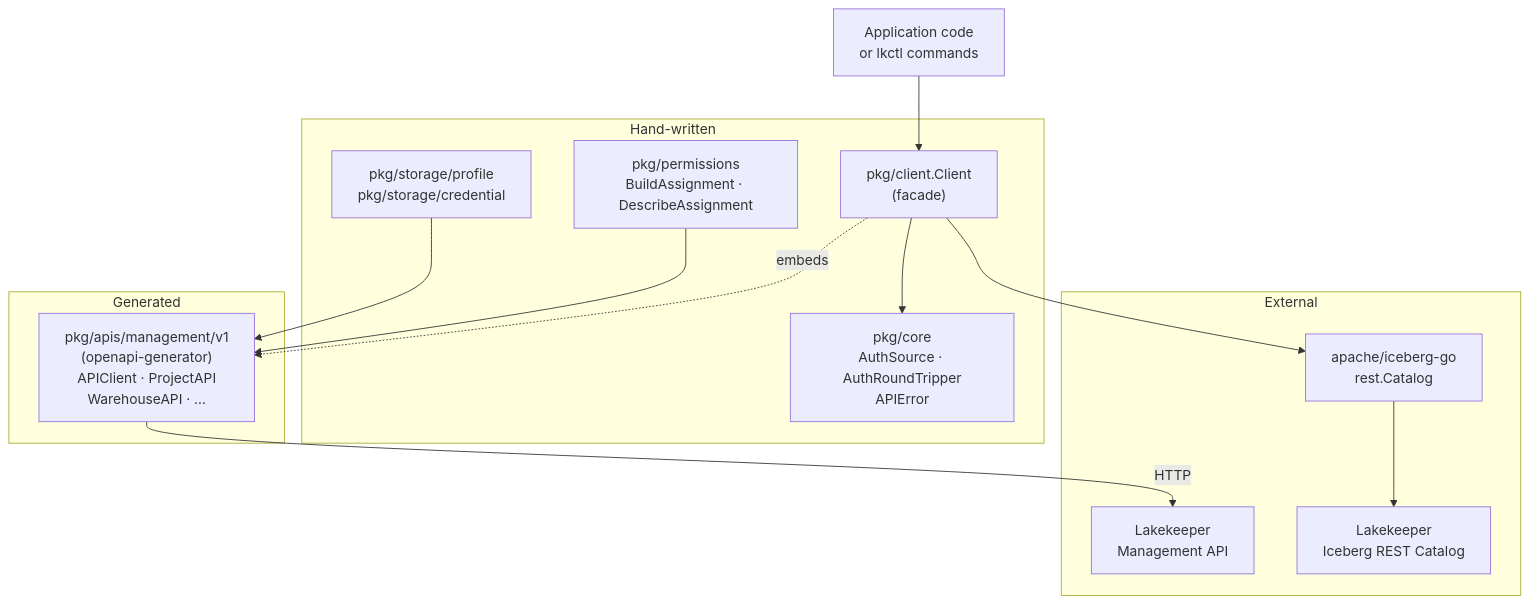
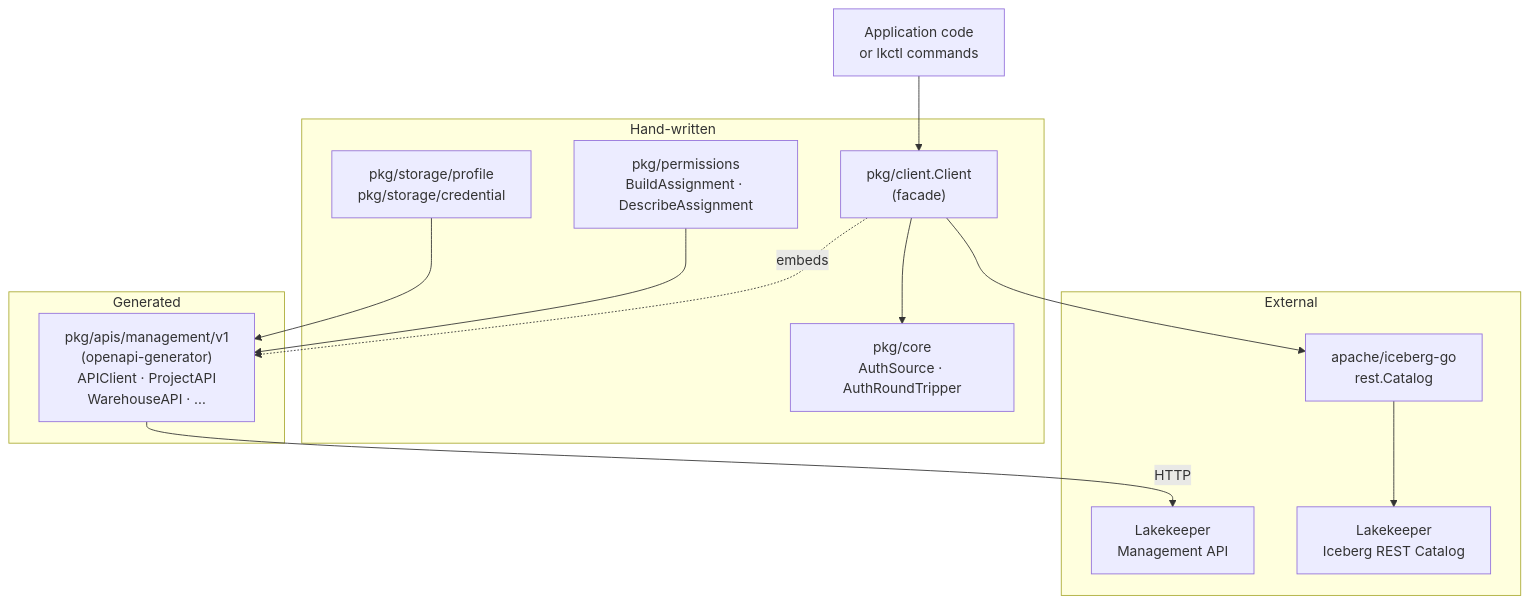
Before and after one commit to lakekeeper/go-lakekeeper: the first of 3 diagrams in docs/ARCHITECTURE.md, drawn with Mermaid. The commit also changed other lines of this file and 24 other files, not shown here.

````diff
--- a/docs/ARCHITECTURE.md
+++ b/docs/ARCHITECTURE.md
@@ -15,30 +15,30 @@
 ```mermaid
 graph TD
     APP["Application code<br/>or lkctl commands"]
 
     subgraph "Hand-written"
         CLIENT["pkg/client.Client<br/>(facade)"]
-        CORE["pkg/core<br/>AuthSource · AuthRoundTripper<br/>APIError"]
+        CORE["pkg/core<br/>AuthSource · AuthRoundTripper"]
         PERM["pkg/permissions<br/>BuildAssignment · DescribeAssignment"]
         PROFILE["pkg/storage/profile<br/>pkg/storage/credential"]
     end
 
     subgraph "Generated"
         GEN["pkg/apis/management/v1<br/>(openapi-generator)<br/>APIClient · ProjectAPI<br/>WarehouseAPI · …"]
     end
 
     subgraph "External"
         ICEBERG["apache/iceberg-go<br/>rest.Catalog"]
         LKAPI["Lakekeeper<br/>Management API"]
         LKCAT["Lakekeeper<br/>Iceberg REST Catalog"]
     end
 
     APP --> CLIENT
     CLIENT -.->|embeds| GEN
     CLIENT --> CORE
     CLIENT --> ICEBERG
     PERM --> GEN
     PROFILE --> GEN
     GEN -->|HTTP| LKAPI
     ICEBERG --> LKCAT
 ```
````
